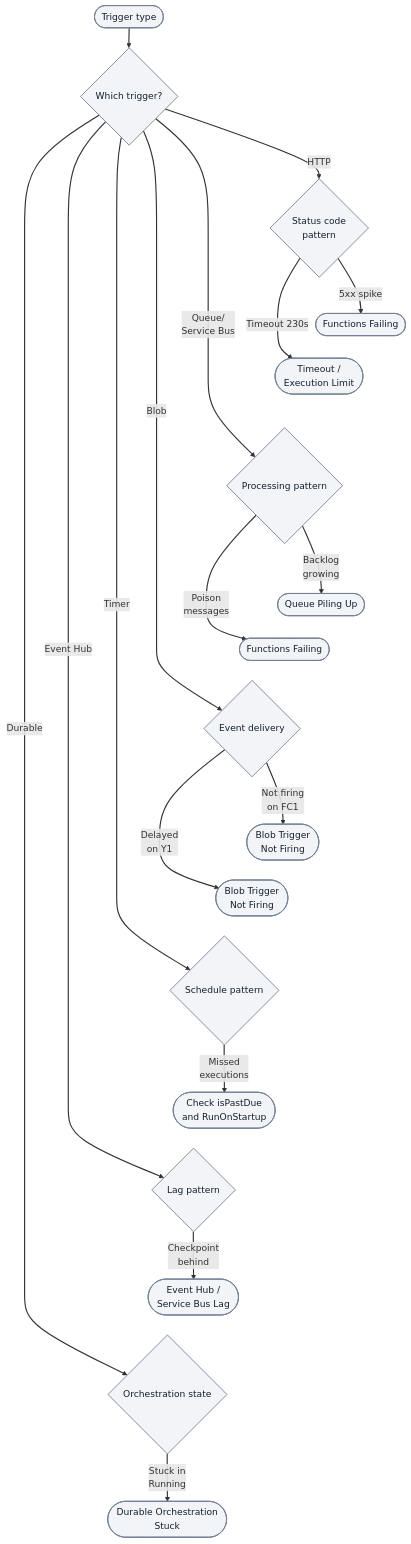
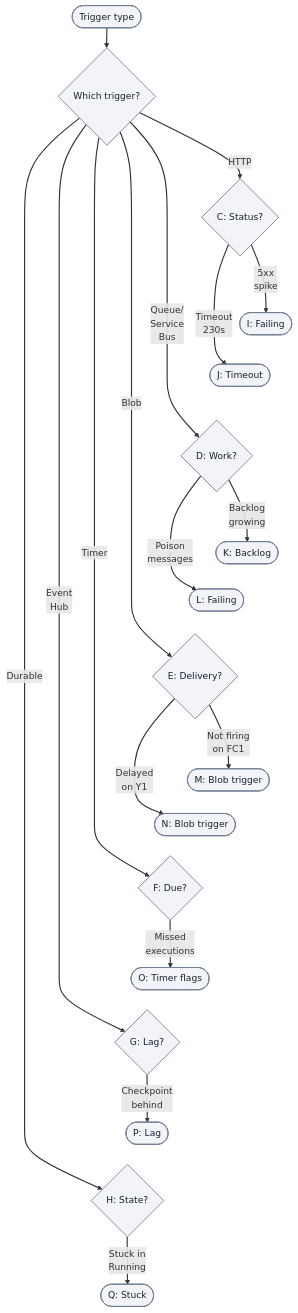
The second of 2 diagrams in docs/troubleshooting/decision-tree.md (yeongseon/azure-functions-practical-guide), drawn with Mermaid before and after one commit. The commit also changed other lines of this file, not shown here.

First line of the commit message:
docs(diagrams): expand keyed troubleshooting outcome legends

````diff
--- a/docs/troubleshooting/decision-tree.md
+++ b/docs/troubleshooting/decision-tree.md
@@ -103,35 +118,35 @@
 ```mermaid
 %%{init: {'flowchart': {'nodeSpacing': 5, 'rankSpacing': 35}}}%%
 flowchart TD
     accTitle: Trigger-specific symptom routing
     accDescr: Illustrative lookup for HTTP, Queue or Service Bus, Blob, Timer, Event Hub and Durable symptoms. Each trigger routes through its pattern question to the named investigation. FC1 and Y1 Blob cases, HTTP timeout at 230 seconds, timer flags and all nine endpoints are retained as triage cues, not proof of cause.
     A(["Trigger type"]) --> B{"Which trigger?"}
-    B -->|HTTP| C{"Status code<br/>pattern"}
-    B -->|"Queue/<br/>Service Bus"| D{"Processing pattern"}
-    B -->|Blob| E{"Event delivery"}
-    B -->|Timer| F{"Schedule pattern"}
-    B -->|Event Hub| G{"Lag pattern"}
-    B -->|Durable| H{"Orchestration state"}
+    B -->|HTTP| C{"C: Status?"}
+    B -->|"Queue/<br/>Service<br/>Bus"| D{"D: Work?"}
+    B -->|Blob| E{"E: Delivery?"}
+    B -->|Timer| F{"F: Due?"}
+    B -->|"Event<br/>Hub"| G{"G: Lag?"}
+    B -->|Durable| H{"H: State?"}
 
-    C -->|5xx spike| I(["Functions Failing"])
-    C -->|Timeout 230s| J(["Timeout /<br/>Execution Limit"])
-    D -->|"Backlog<br/>growing"| K(["Queue Piling Up"])
-    D -->|"Poison<br/>messages"| L(["Functions Failing"])
-    E -->|"Not firing<br/>on FC1"| M(["Blob Trigger<br/>Not Firing"])
-    E -->|"Delayed<br/>on Y1"| N(["Blob Trigger<br/>Not Firing"])
-    F -->|"Missed<br/>executions"| O(["Check isPastDue<br/>and RunOnStartup"])
-    G -->|"Checkpoint<br/>behind"| P(["Event Hub /<br/>Service Bus Lag"])
-    H -->|"Stuck in<br/>Running"| Q(["Durable Orchestration<br/>Stuck"])
+    C -->|"5xx<br/>spike"| I(["I: Failing"])
+    C -->|"Timeout<br/>230s"| J(["J: Timeout"])
+    D -->|"Backlog<br/>growing"| K(["K: Backlog"])
+    D -->|"Poison<br/>messages"| L(["L: Failing"])
+    E -->|"Not firing<br/>on FC1"| M(["M: Blob trigger"])
+    E -->|"Delayed<br/>on Y1"| N(["N: Blob trigger"])
+    F -->|"Missed<br/>executions"| O(["O: Timer flags"])
+    G -->|"Checkpoint<br/>behind"| P(["P: Lag"])
+    H -->|"Stuck in<br/>Running"| Q(["Q: Stuck"])
     %% Layout-only links tier trigger families; they add no diagnostic steps or arrows.
     I ~~~ J
     J ~~~ D
     K ~~~ L
     L ~~~ E
     M ~~~ N
     N ~~~ F
     O ~~~ G
     P ~~~ H
     classDef baseNeutral fill:#f2f4f8,stroke:#707e93,stroke-width:1.5px,color:#14202e;
     class A,B,C,D,E,F,G,H,I,J,K,L,M,N,O,P,Q baseNeutral;
     linkStyle default stroke-width:2px;
 ```
````
